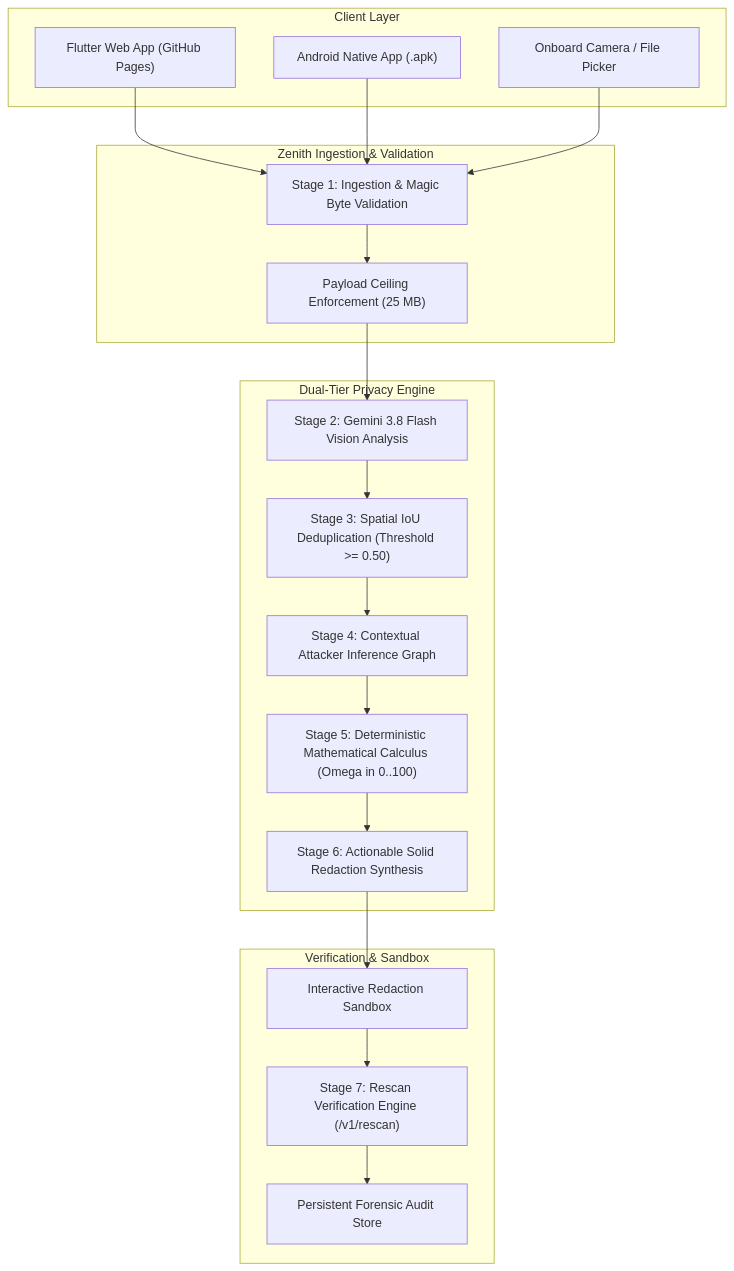
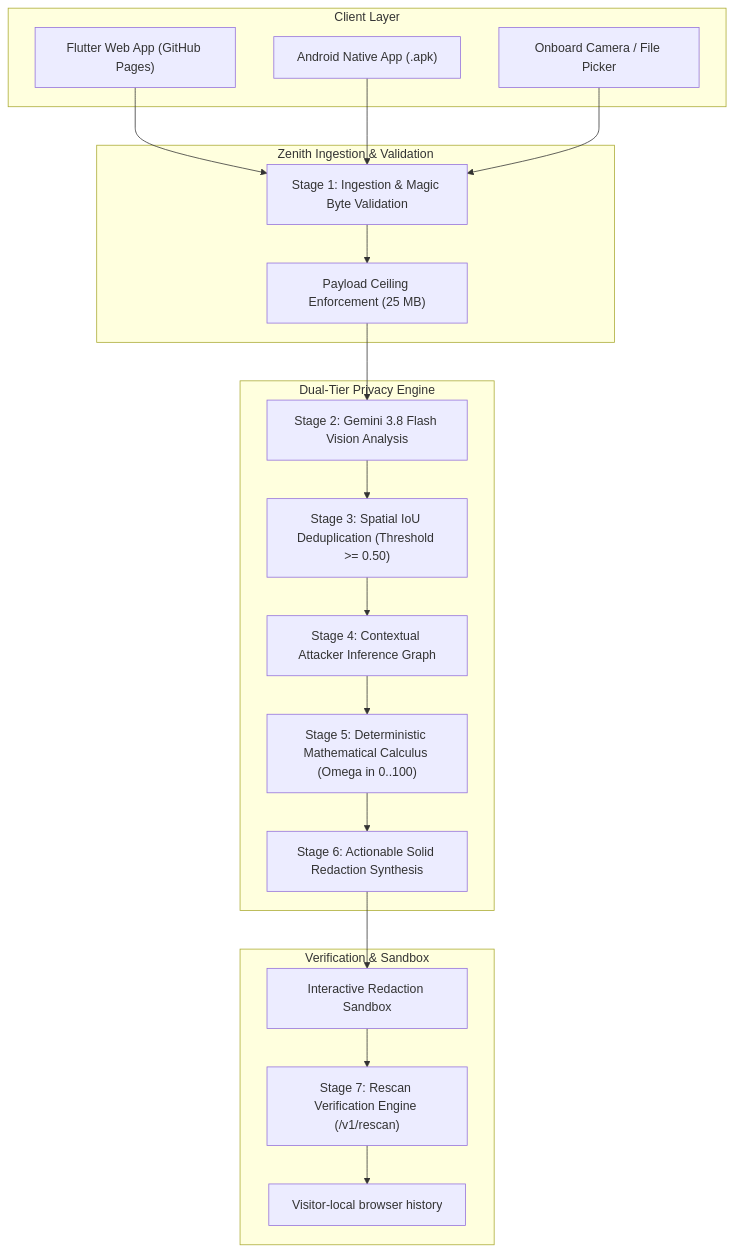
One commit to siddhant-dev10/Zenith changed the diagram in README.md. Above: the diagram before and after it, drawn with Mermaid. The commit also changed other lines of this file and 19 other files, not shown here.

````diff
--- a/README.md
+++ b/README.md
@@ -40,34 +46,34 @@
 ```mermaid
 graph TD
     subgraph Client Layer
         Web["Flutter Web App (GitHub Pages)"]
         Android["Android Native App (.apk)"]
         Camera["Onboard Camera / File Picker"]
     end
 
     subgraph Zenith Ingestion & Validation
         Ingest["Stage 1: Ingestion & Magic Byte Validation"]
         SizeCheck["Payload Ceiling Enforcement (25 MB)"]
     end
 
     subgraph Dual-Tier Privacy Engine
         Gemini["Stage 2: Gemini 3.8 Flash Vision Analysis"]
         IoU["Stage 3: Spatial IoU Deduplication (Threshold >= 0.50)"]
         Graph["Stage 4: Contextual Attacker Inference Graph"]
         RiskEng["Stage 5: Deterministic Mathematical Calculus (Omega in 0..100)"]
         Recs["Stage 6: Actionable Solid Redaction Synthesis"]
     end
 
     subgraph Verification & Sandbox
         RedactSandbox["Interactive Redaction Sandbox"]
         Rescan["Stage 7: Rescan Verification Engine (/v1/rescan)"]
-        AuditLog["Persistent Forensic Audit Store"]
+    AuditLog["Visitor-local browser history"]
     end
 
     Web --> Ingest
     Android --> Ingest
     Camera --> Ingest
     Ingest --> SizeCheck --> Gemini
     Gemini --> IoU --> Graph --> RiskEng --> Recs
     Recs --> RedactSandbox --> Rescan --> AuditLog
 ```
````
